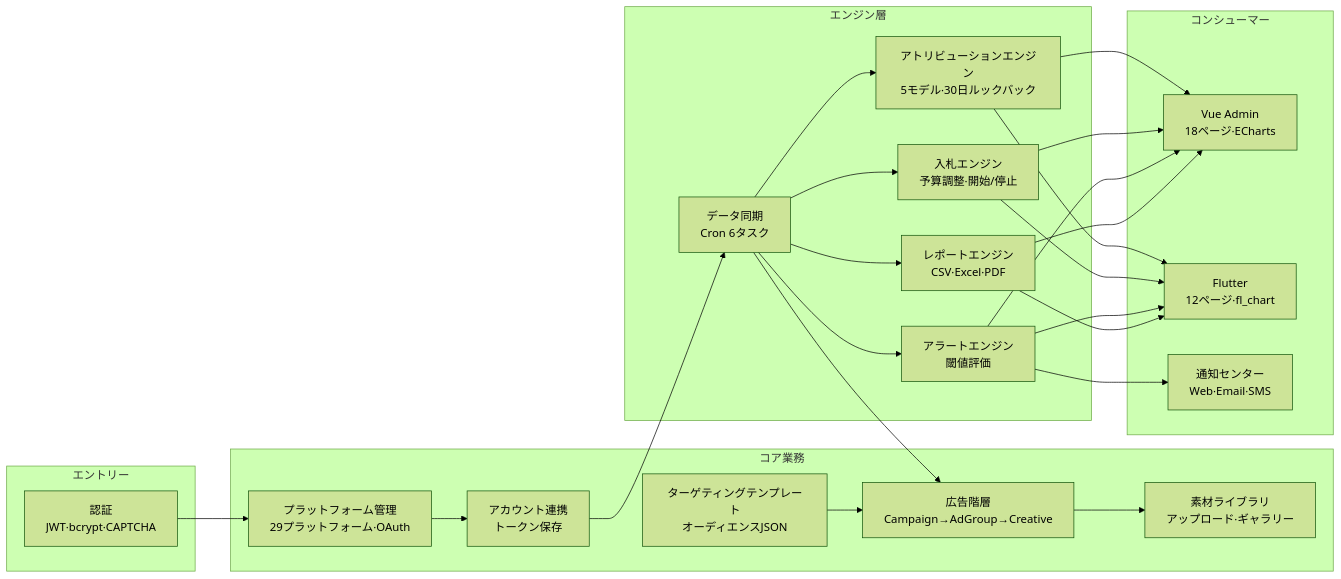
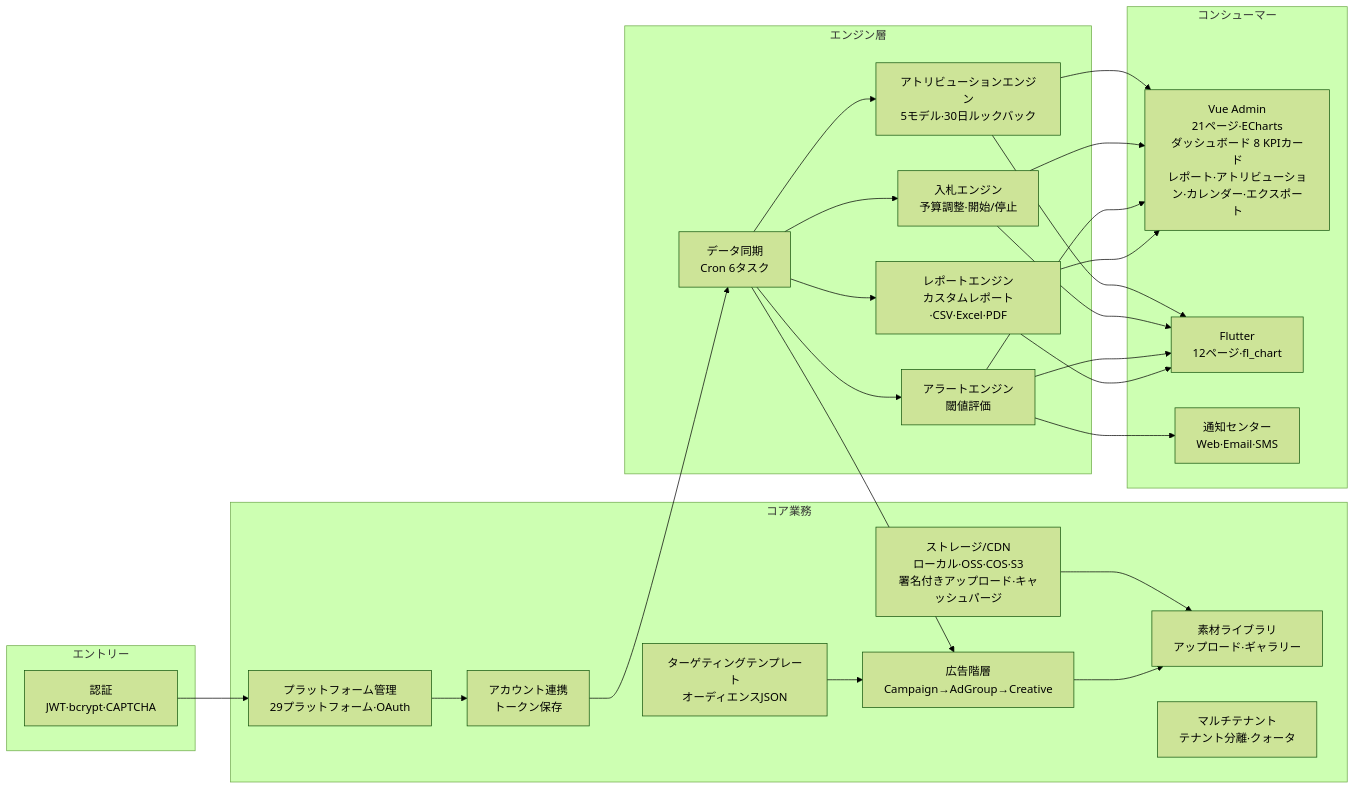
Before and after one commit to erikwang2013/ads-php: the diagram in docs/diagrams/svg/functional-modules.ja.mmd, drawn with Mermaid (forest theme). The commit also changed 64 other files, not shown here.

First line of the commit message:
docs(usage): 使用说明文档 ×13 语言 + 功能模块图更新 + README 使用说明链接

```diff
--- a/docs/diagrams/svg/functional-modules.ja.mmd
+++ b/docs/diagrams/svg/functional-modules.ja.mmd
@@ -1,29 +1,32 @@
 graph LR
     subgraph Entry["エントリー"]
         A1["認証<br/>JWT·bcrypt·CAPTCHA"]
     end
     subgraph Core["コア業務"]
         B1["プラットフォーム管理<br/>29プラットフォーム·OAuth"]
         B2["アカウント連携<br/>トークン保存"]
         B3["広告階層<br/>Campaign→AdGroup→Creative"]
         B4["素材ライブラリ<br/>アップロード·ギャラリー"]
         B5["ターゲティングテンプレート<br/>オーディエンスJSON"]
+        B6["ストレージ/CDN<br/>ローカル·OSS·COS·S3<br/>署名付きアップロード·キャッシュパージ"]
+        B7["マルチテナント<br/>テナント分離·クォータ"]
     end
     subgraph Engine["エンジン層"]
         C1["データ同期<br/>Cron 6タスク"]
-        C2["レポートエンジン<br/>CSV·Excel·PDF"]
+        C2["レポートエンジン<br/>カスタムレポート·CSV·Excel·PDF"]
         C3["アラートエンジン<br/>閾値評価"]
         C4["入札エンジン<br/>予算調整·開始/停止"]
         C5["アトリビューションエンジン<br/>5モデル·30日ルックバック"]
     end
     subgraph Endpoint["コンシューマー"]
-        D1["Vue Admin<br/>18ページ·ECharts"]
+        D1["Vue Admin<br/>21ページ·ECharts<br/>ダッシュボード 8 KPIカード<br/>レポート·アトリビューション·カレンダー·エクスポート"]
         D2["Flutter<br/>12ページ·fl_chart"]
         D3["通知センター<br/>Web·Email·SMS"]
     end
     A1 --> B1 --> B2 --> C1
     C1 --> B3 --> B4
     B5 --> B3
+    B6 --> B4
     C1 --> C2 & C3 & C4 & C5
     C2 & C3 & C4 & C5 --> D1 & D2
     C3 --> D3
```
